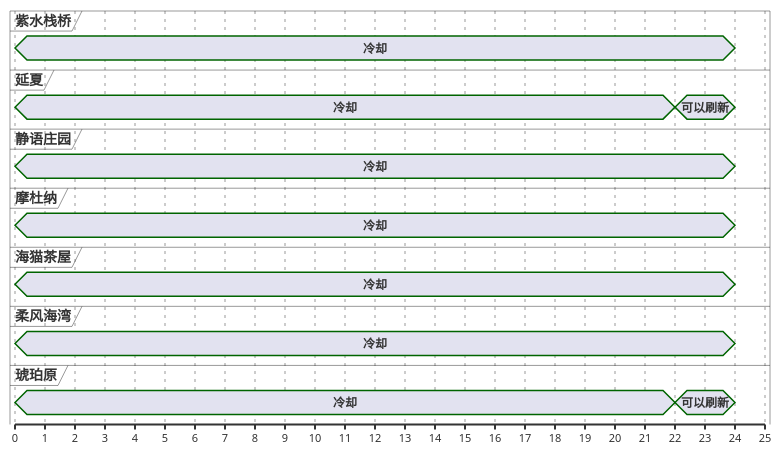
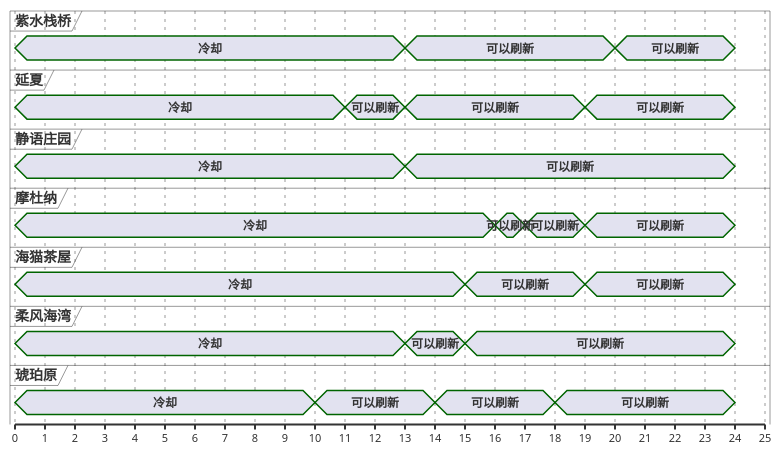
The third of 13 diagrams in ffxiv/hunt/2.0/Agrippa-the-Mighty.md (Eroleice/doc-pi), drawn with PlantUML before and after one commit. The commit also changed other lines of this file and 38 other files, not shown here.

```diff
--- a/ffxiv/hunt/2.0/Agrippa-the-Mighty.md
+++ b/ffxiv/hunt/2.0/Agrippa-the-Mighty.md
@@ -275,84 +308,102 @@
 
 @柔风海湾
 0 is 冷却
+13 is 可以刷新
 24 is {hidden}
 
 @静语庄园
 0 is 冷却
+13 is 可以刷新
 24 is {hidden}
 
 @静语庄园
 0 is 冷却
+13 is 可以刷新
 24 is {hidden}
 
 @紫水栈桥
 0 is 冷却
+13 is 可以刷新
 24 is {hidden}
 
 @紫水栈桥
 0 is 冷却
+13 is 可以刷新
 24 is {hidden}
 
 @柔风海湾
 0 is 冷却
+13 is 可以刷新
 24 is {hidden}
 
 @静语庄园
 0 is 冷却
+13 is 可以刷新
 24 is {hidden}
 
 @琥珀原
 0 is 冷却
-22 is 可以刷新
+10 is 可以刷新
 24 is {hidden}
 
 @延夏
 0 is 冷却
-22 is 可以刷新
+11 is 可以刷新
 24 is {hidden}
 
 @延夏
 0 is 冷却
+13 is 可以刷新
 24 is {hidden}
 
 @琥珀原
 0 is 冷却
+14 is 可以刷新
 24 is {hidden}
 
 @海猫茶屋
 0 is 冷却
+15 is 可以刷新
 24 is {hidden}
 
 @柔风海湾
 0 is 冷却
+15 is 可以刷新
 24 is {hidden}
 
 @摩杜纳
 0 is 冷却
+16 is 可以刷新
 24 is {hidden}
 
 @摩杜纳
 0 is 冷却
+17 is 可以刷新
 24 is {hidden}
 
 @琥珀原
 0 is 冷却
+18 is 可以刷新
 24 is {hidden}
 
 @摩杜纳
 0 is 冷却
+19 is 可以刷新
 24 is {hidden}
 
 @海猫茶屋
 0 is 冷却
+19 is 可以刷新
 24 is {hidden}
 
 @延夏
 0 is 冷却
+19 is 可以刷新
 24 is {hidden}
 
 @紫水栈桥
 0 is 冷却
+20 is 可以刷新
 24 is {hidden}
 
 @海猫茶屋
```
